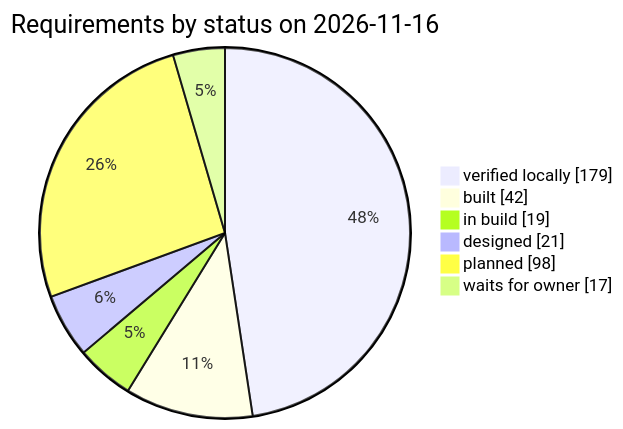
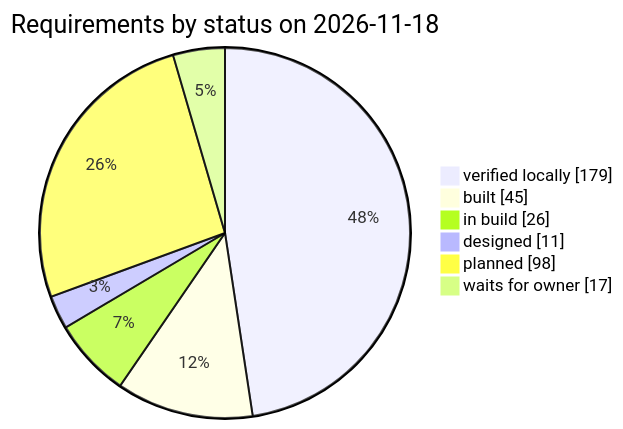
Before and after one commit to qa-io-vn/fnb-manager: the third of 3 diagrams in docs/requirements.md, drawn with Mermaid. The commit also changed other lines of this file and 9 other files, not shown here.

````diff
--- a/docs/requirements.md
+++ b/docs/requirements.md
@@ -982,10 +983,10 @@
 ```mermaid
 pie showData
-    title Requirements by status on 2026-11-16
+    title Requirements by status on 2026-11-18
     "verified locally" : 179
-    "built" : 42
-    "in build" : 19
-    "designed" : 21
+    "built" : 45
+    "in build" : 26
+    "designed" : 11
     "planned" : 98
     "waits for owner" : 17
 ```
````
